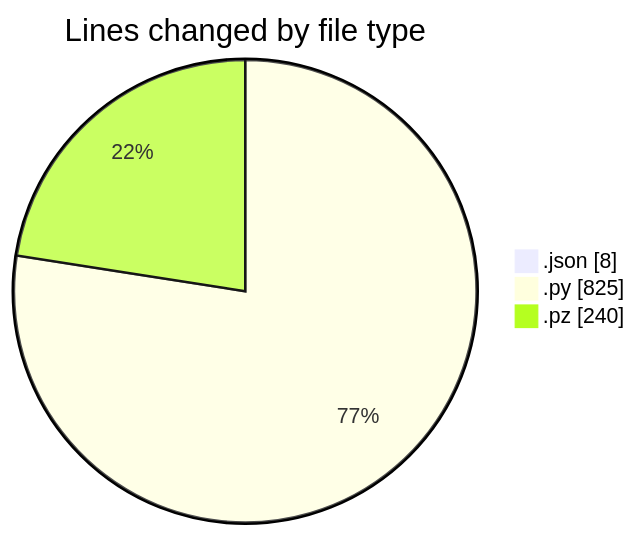
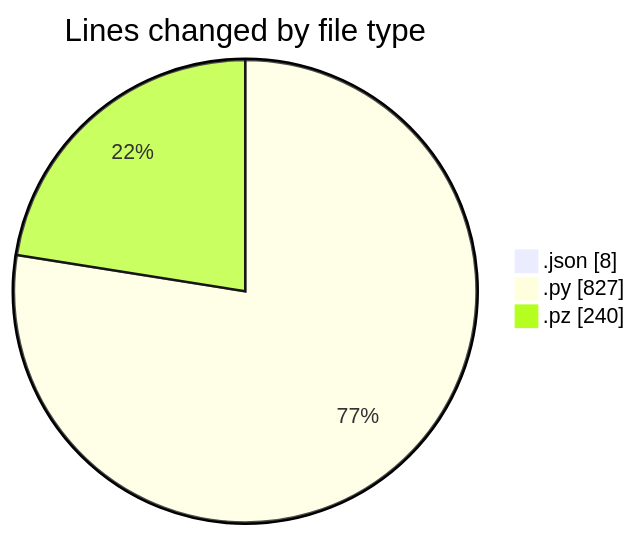
The first of 2 diagrams in 2025-02-18/myws__workspace_/README.md (MatusMokan/code-tracking), drawn with Mermaid before and after one commit. The commit also changed other lines of this file and 1 other file, not shown here.

````diff
--- a/2025-02-18/myws__workspace_/README.md
+++ b/2025-02-18/myws__workspace_/README.md
@@ -26,7 +26,7 @@
 ```mermaid
 pie showData
 title Lines changed by file type
 ".json" : 8
-".py" : 825
+".py" : 827
 ".pz" : 240
 ```
````
